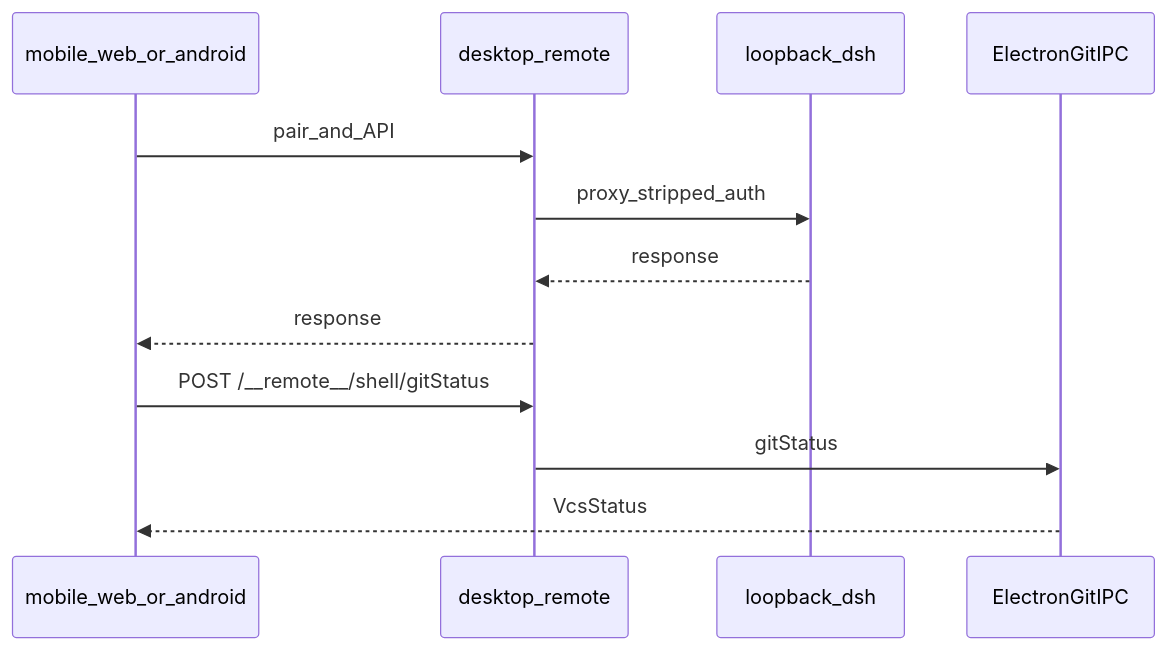
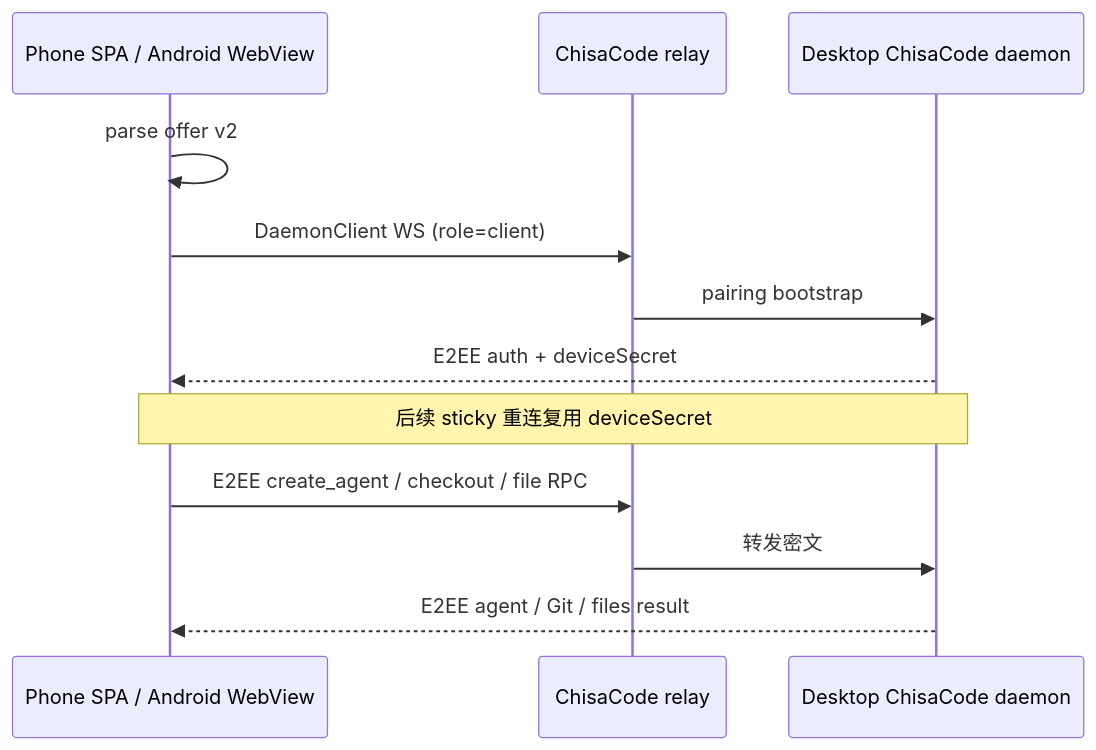
One commit to 20190441309/Deepseek-Harness-Desktop changed the diagram in docs/handbook/flows/remote-pair.md. Above: the diagram before and after it, drawn with Mermaid. The commit also changed other lines of this file and 2 other files, not shown here.

Commit message:
feature(mobile-remote): document ChisaCode v2 mobile flow

````diff
--- a/docs/handbook/flows/remote-pair.md
+++ b/docs/handbook/flows/remote-pair.md
@@ -11,14 +14,14 @@
 ```mermaid
 sequenceDiagram
-  participant Phone as mobile_web_or_android
-  participant Remote as desktop_remote
-  participant Dsh as loopback_dsh
-  participant Git as ElectronGitIPC
-  Phone->>Remote: pair_and_API
-  Remote->>Dsh: proxy_stripped_auth
-  Dsh-->>Remote: response
-  Remote-->>Phone: response
-  Phone->>Remote: POST /__remote__/shell/gitStatus
-  Remote->>Git: gitStatus
-  Git-->>Phone: VcsStatus
+  participant Phone as Phone SPA / Android WebView
+  participant Relay as ChisaCode relay
+  participant Daemon as Desktop ChisaCode daemon
+  Phone->>Phone: parse offer v2
+  Phone->>Relay: DaemonClient WS (role=client)
+  Relay->>Daemon: pairing bootstrap
+  Daemon-->>Phone: E2EE auth + deviceSecret
+  Note over Phone,Daemon: 后续 sticky 重连复用 deviceSecret
+  Phone->>Relay: E2EE create_agent / checkout / file RPC
+  Relay->>Daemon: 转发密文
+  Daemon-->>Phone: E2EE agent / Git / files result
 ```
````
